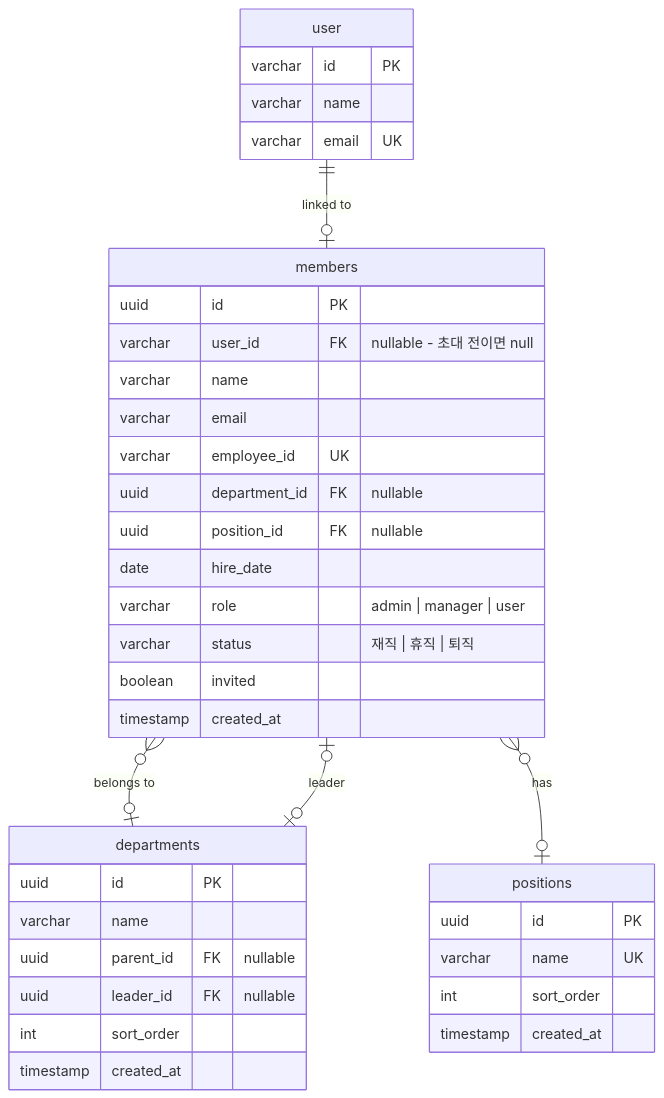
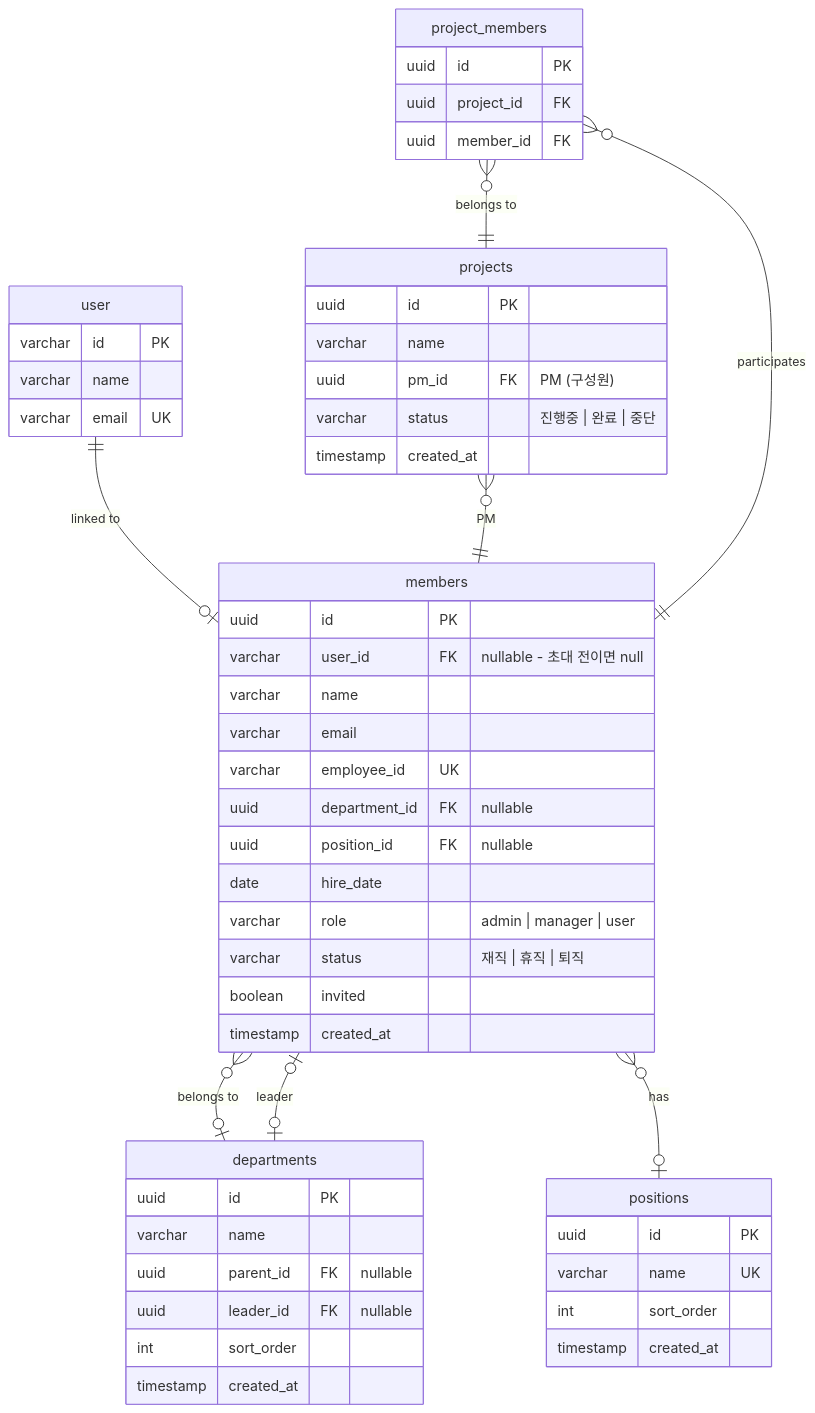
Before and after one commit to pokitwork/knowledge-base: the diagram in organization/references/schema.md, drawn with Mermaid. The commit also changed 10 other files, not shown here.

````diff
--- a/organization/references/schema.md
+++ b/organization/references/schema.md
@@ -3,44 +3,61 @@
 ```mermaid
 erDiagram
     user {
         varchar id PK
         varchar name
         varchar email UK
     }
 
     members {
         uuid id PK
         varchar user_id FK "nullable - 초대 전이면 null"
         varchar name
         varchar email
         varchar employee_id UK
         uuid department_id FK "nullable"
         uuid position_id FK "nullable"
         date hire_date
         varchar role "admin | manager | user"
         varchar status "재직 | 휴직 | 퇴직"
         boolean invited
         timestamp created_at
     }
 
     departments {
         uuid id PK
         varchar name
         uuid parent_id FK "nullable"
         uuid leader_id FK "nullable"
         int sort_order
         timestamp created_at
     }
 
     positions {
         uuid id PK
         varchar name UK
         int sort_order
         timestamp created_at
     }
 
+    projects {
+        uuid id PK
+        varchar name
+        uuid pm_id FK "PM (구성원)"
+        varchar status "진행중 | 완료 | 중단"
+        timestamp created_at
+    }
+
+    project_members {
+        uuid id PK
+        uuid project_id FK
+        uuid member_id FK
+    }
+
     user ||--o| members : "linked to"
     members }o--o| departments : "belongs to"
     members }o--o| positions : "has"
     departments |o--o| members : "leader"
+    projects }o--|| members : "PM"
+    project_members }o--|| projects : "belongs to"
+    project_members }o--|| members : "participates"
 ```
````
